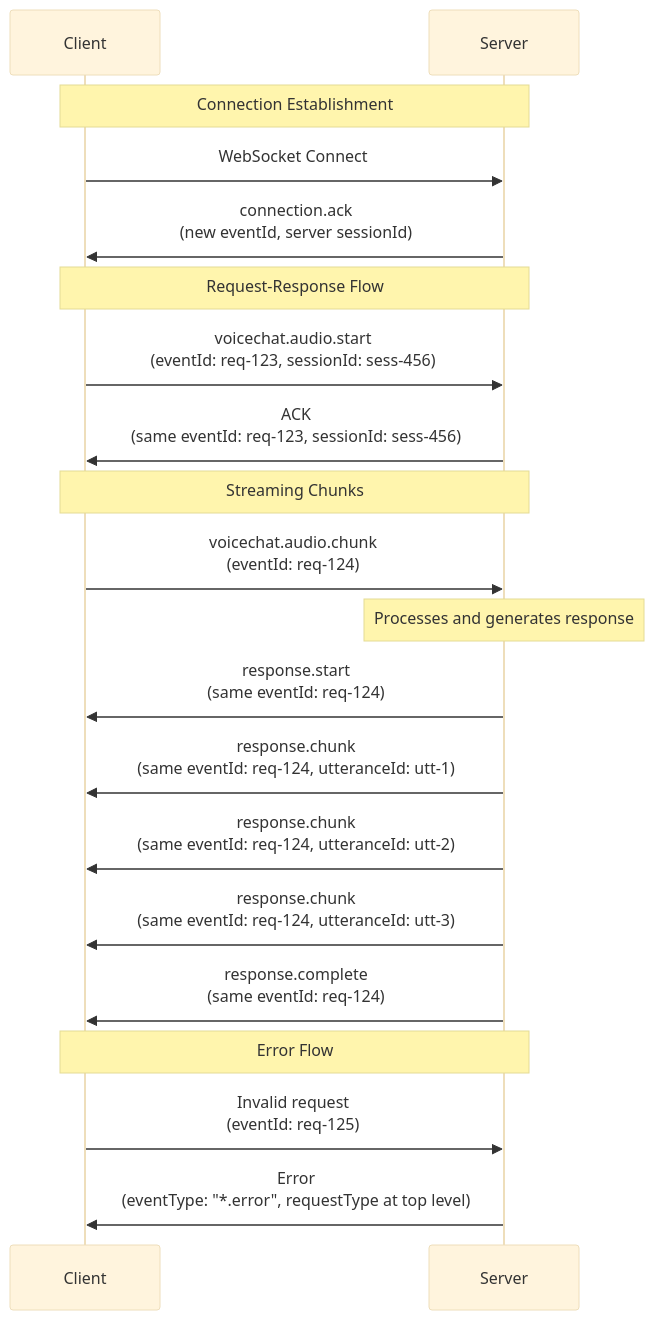
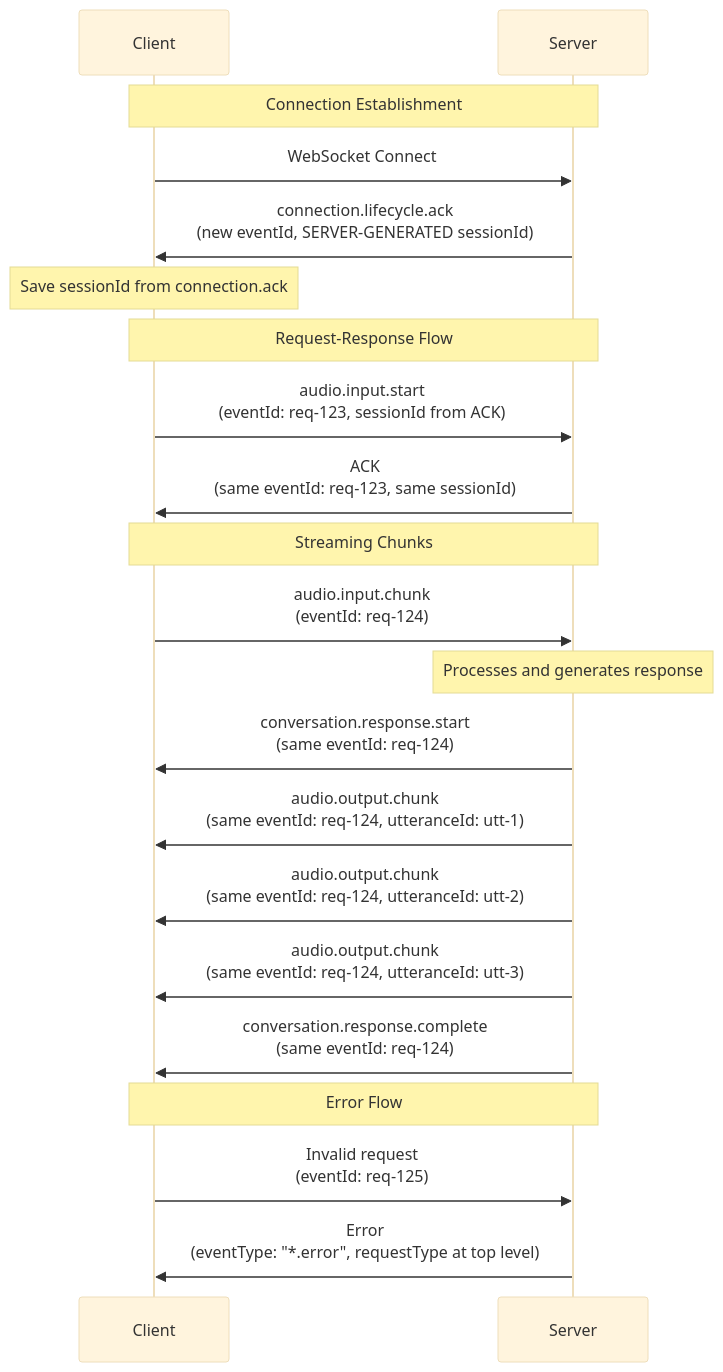
One commit to Jatin5120/vantum-backend changed the diagram in docs/protocol/websocket-protocol.md. Above: the diagram before and after it, drawn with Mermaid (base theme). The commit also changed other lines of this file and 107 other files, not shown here.

````diff
--- a/docs/protocol/websocket-protocol.md
+++ b/docs/protocol/websocket-protocol.md
@@ -370,26 +448,27 @@
 ```mermaid
 sequenceDiagram
     participant Client
     participant Server
 
     Note over Client,Server: Connection Establishment
     Client->>Server: WebSocket Connect
-    Server->>Client: connection.ack<br/>(new eventId, server sessionId)
+    Server->>Client: connection.lifecycle.ack<br/>(new eventId, SERVER-GENERATED sessionId)
+    Note over Client: Save sessionId from connection.ack
 
     Note over Client,Server: Request-Response Flow
-    Client->>Server: voicechat.audio.start<br/>(eventId: req-123, sessionId: sess-456)
-    Server->>Client: ACK<br/>(same eventId: req-123, sessionId: sess-456)
+    Client->>Server: audio.input.start<br/>(eventId: req-123, sessionId from ACK)
+    Server->>Client: ACK<br/>(same eventId: req-123, same sessionId)
 
     Note over Client,Server: Streaming Chunks
-    Client->>Server: voicechat.audio.chunk<br/>(eventId: req-124)
+    Client->>Server: audio.input.chunk<br/>(eventId: req-124)
     Note over Server: Processes and generates response
-    Server->>Client: response.start<br/>(same eventId: req-124)
-    Server->>Client: response.chunk<br/>(same eventId: req-124, utteranceId: utt-1)
-    Server->>Client: response.chunk<br/>(same eventId: req-124, utteranceId: utt-2)
-    Server->>Client: response.chunk<br/>(same eventId: req-124, utteranceId: utt-3)
-    Server->>Client: response.complete<br/>(same eventId: req-124)
+    Server->>Client: conversation.response.start<br/>(same eventId: req-124)
+    Server->>Client: audio.output.chunk<br/>(same eventId: req-124, utteranceId: utt-1)
+    Server->>Client: audio.output.chunk<br/>(same eventId: req-124, utteranceId: utt-2)
+    Server->>Client: audio.output.chunk<br/>(same eventId: req-124, utteranceId: utt-3)
+    Server->>Client: conversation.response.complete<br/>(same eventId: req-124)
 
     Note over Client,Server: Error Flow
     Client->>Server: Invalid request<br/>(eventId: req-125)
     Server->>Client: Error<br/>(eventType: "*.error", requestType at top level)
 ```
````
